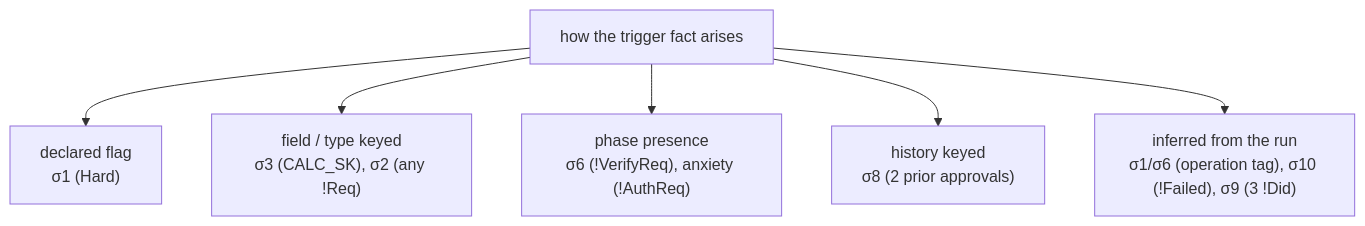
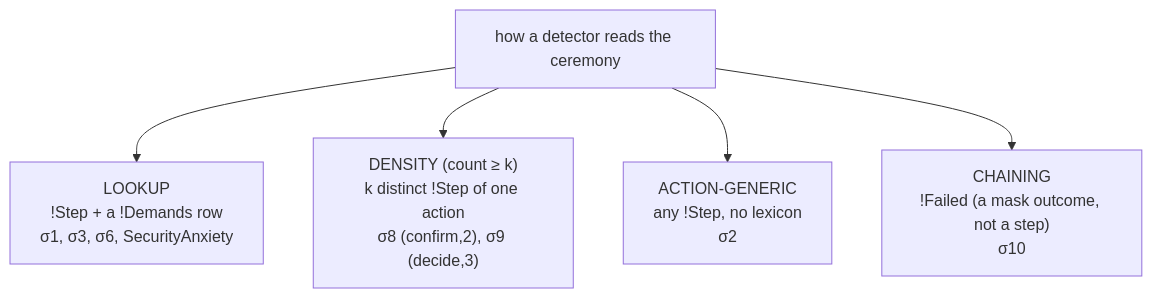
Before and after one commit to LarissaGRosa/mcp-usable-security-formal-analysis: the second of 3 diagrams in tamarin_model/STRESSORS.md, drawn with Mermaid. The commit also changed other lines of this file and 4 other files, not shown here.

````diff
--- a/tamarin_model/STRESSORS.md
+++ b/tamarin_model/STRESSORS.md
@@ -69,8 +97,7 @@
 ```mermaid
 flowchart TD
-  ROOT["how the trigger fact arises"] --> DEC["declared flag<br/>σ1 (Hard)"]
-  ROOT --> FLD["field / type keyed<br/>σ3 (CALC_SK), σ2 (any !Req)"]
-  ROOT --> PH["phase presence<br/>σ6 (!VerifyReq), anxiety (!AuthReq)"]
-  ROOT --> HIST["history keyed<br/>σ8 (2 prior approvals)"]
-  ROOT --> INF["inferred from the run<br/>σ1/σ6 (operation tag), σ10 (!Failed), σ9 (3 !Did)"]
+  ROOT["how a detector reads the ceremony"] --> LK["LOOKUP<br/>!Step + a !Demands row<br/>σ1, σ3, σ6, SecurityAnxiety"]
+  ROOT --> DN["DENSITY (count ≥ k)<br/>k distinct !Step of one action<br/>σ8 (confirm,2), σ9 (decide,3)"]
+  ROOT --> GN["ACTION-GENERIC<br/>any !Step, no lexicon<br/>σ2"]
+  ROOT --> CH["CHAINING<br/>!Failed (a mask outcome, not a step)<br/>σ10"]
 ```
````
